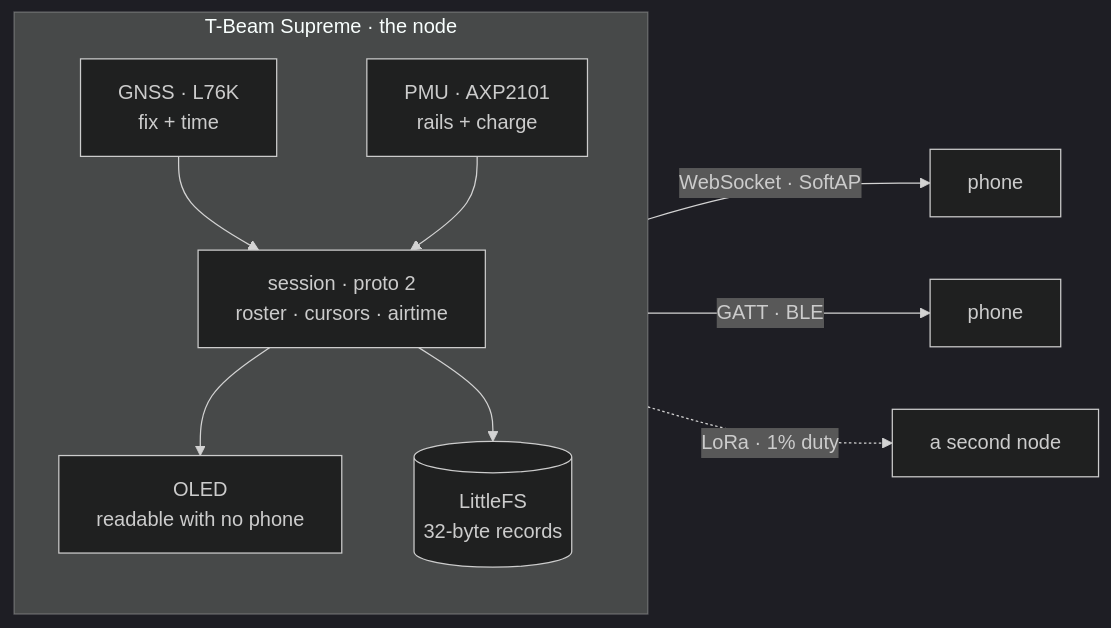
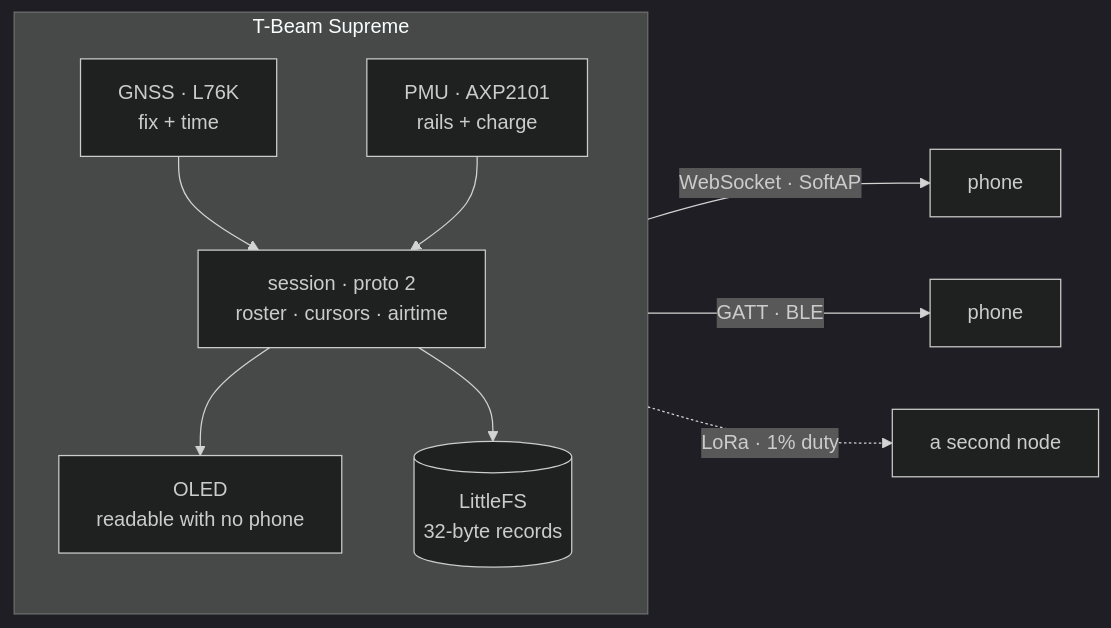
One commit to MKS-01/lokalgrid changed the diagram in README.md. Above: the diagram before and after it, drawn with Mermaid (dark theme). The commit also changed other lines of this file and 15 other files, not shown here.

````diff
--- a/README.md
+++ b/README.md
@@ -123,14 +146,14 @@
 ```mermaid
 flowchart LR
-    subgraph NODE["T-Beam Supreme · the node"]
+    subgraph NODE["T-Beam Supreme"]
         direction TB
         G["GNSS · L76K<br/>fix + time"] --> S
         P["PMU · AXP2101<br/>rails + charge"] --> S
         S["session · proto 2<br/>roster · cursors · airtime"] --> O["OLED<br/>readable with no phone"]
         S --> FS[("LittleFS<br/>32-byte records")]
     end
 
     S -- "WebSocket · SoftAP" --> A["phone"]
     S -- "GATT · BLE" --> B["phone"]
     S -. "LoRa · 1% duty" .-> C["a second node"]
 ```
````
